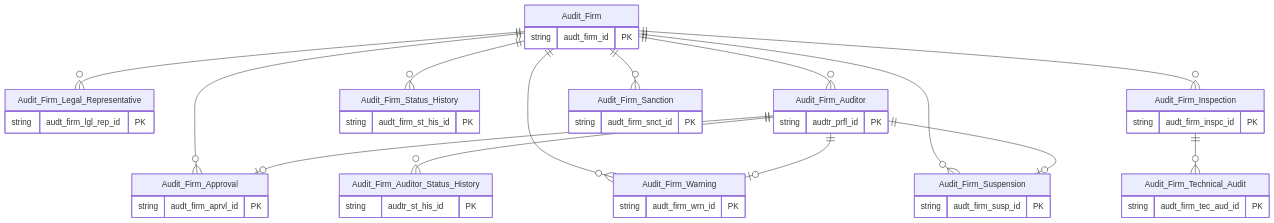
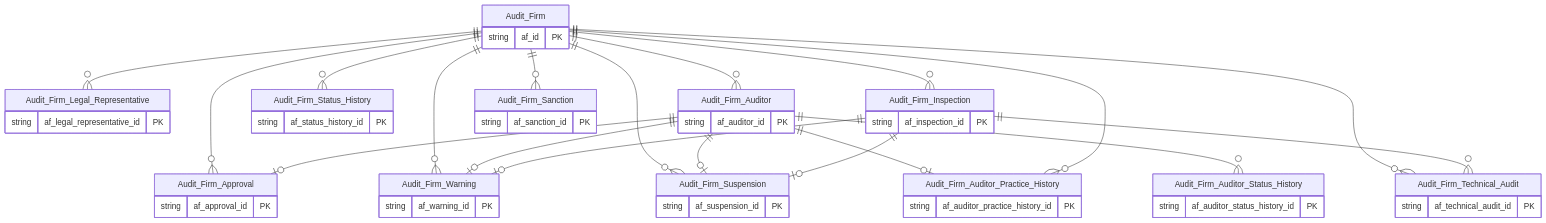
Before and after one commit to linhlvit/ubck_atomic_design: the diagram in DataModel/working/Atomic/hld/AUDIT_HLD_Overview.md, drawn with Mermaid. The commit also changed 96 other files, not shown here.

````diff
--- a/DataModel/working/Atomic/hld/AUDIT_HLD_Overview.md
+++ b/DataModel/working/Atomic/hld/AUDIT_HLD_Overview.md
@@ -42,31 +42,69 @@
 ```mermaid
 erDiagram
-    Audit_Firm { string audt_firm_id PK }
+    Audit_Firm {
+        string af_id PK
+    }
 
-    Audit_Firm_Approval { string audt_firm_aprvl_id PK }
-    Audit_Firm_Legal_Representative { string audt_firm_lgl_rep_id PK }
-    Audit_Firm_Auditor { string audtr_prfl_id PK }
-    Audit_Firm_Status_History { string audt_firm_st_his_id PK }
-    Audit_Firm_Inspection { string audt_firm_inspc_id PK }
+    Audit_Firm_Approval {
+        string af_approval_id PK
+    }
 
-    Audit_Firm_Warning { string audt_firm_wrn_id PK }
-    Audit_Firm_Sanction { string audt_firm_snct_id PK }
-    Audit_Firm_Suspension { string audt_firm_susp_id PK }
-    Audit_Firm_Technical_Audit { string audt_firm_tec_aud_id PK }
-    Audit_Firm_Auditor_Status_History { string audtr_st_his_id PK }
+    Audit_Firm_Legal_Representative {
+        string af_legal_representative_id PK
+    }
 
+    Audit_Firm_Auditor {
+        string af_auditor_id PK
+    }
+
+    Audit_Firm_Status_History {
+        string af_status_history_id PK
+    }
+
+    Audit_Firm_Inspection {
+        string af_inspection_id PK
+    }
+
+    Audit_Firm_Warning {
+        string af_warning_id PK
+    }
+
+    Audit_Firm_Sanction {
+        string af_sanction_id PK
+    }
+
+    Audit_Firm_Suspension {
+        string af_suspension_id PK
+    }
+
+    Audit_Firm_Technical_Audit {
+        string af_technical_audit_id PK
+    }
+
+    Audit_Firm_Auditor_Practice_History {
+        string af_auditor_practice_history_id PK
+    }
+
+    Audit_Firm_Auditor_Status_History {
+        string af_auditor_status_history_id PK
+    }
 
     Audit_Firm ||--o{ Audit_Firm_Approval : ""
+    Audit_Firm_Auditor ||--o| Audit_Firm_Approval : ""
     Audit_Firm ||--o{ Audit_Firm_Legal_Representative : ""
     Audit_Firm ||--o{ Audit_Firm_Auditor : ""
     Audit_Firm ||--o{ Audit_Firm_Status_History : ""
     Audit_Firm ||--o{ Audit_Firm_Inspection : ""
     Audit_Firm ||--o{ Audit_Firm_Warning : ""
+    Audit_Firm_Auditor ||--o| Audit_Firm_Warning : ""
+    Audit_Firm_Inspection ||--o| Audit_Firm_Warning : ""
     Audit_Firm ||--o{ Audit_Firm_Sanction : ""
     Audit_Firm ||--o{ Audit_Firm_Suspension : ""
-    Audit_Firm_Auditor ||--o| Audit_Firm_Approval : ""
+    Audit_Firm_Auditor ||--o| Audit_Firm_Suspension : ""
+    Audit_Firm_Inspection ||--o| Audit_Firm_Suspension : ""
+    Audit_Firm ||--o{ Audit_Firm_Technical_Audit : ""
+    Audit_Firm_Inspection ||--o{ Audit_Firm_Technical_Audit : ""
+    Audit_Firm_Auditor ||--o| Audit_Firm_Auditor_Practice_History : ""
+    Audit_Firm ||--o{ Audit_Firm_Auditor_Practice_History : ""
     Audit_Firm_Auditor ||--o{ Audit_Firm_Auditor_Status_History : ""
-    Audit_Firm_Auditor ||--o| Audit_Firm_Warning : ""
-    Audit_Firm_Auditor ||--o| Audit_Firm_Suspension : ""
-    Audit_Firm_Inspection ||--o{ Audit_Firm_Technical_Audit : ""
 ```
````
